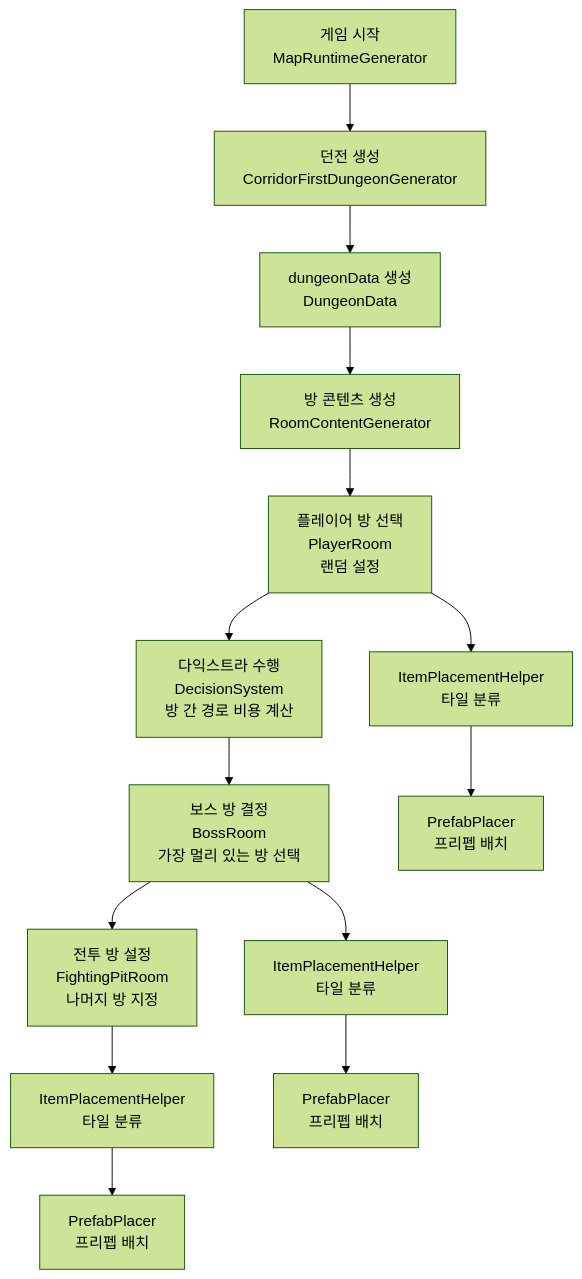
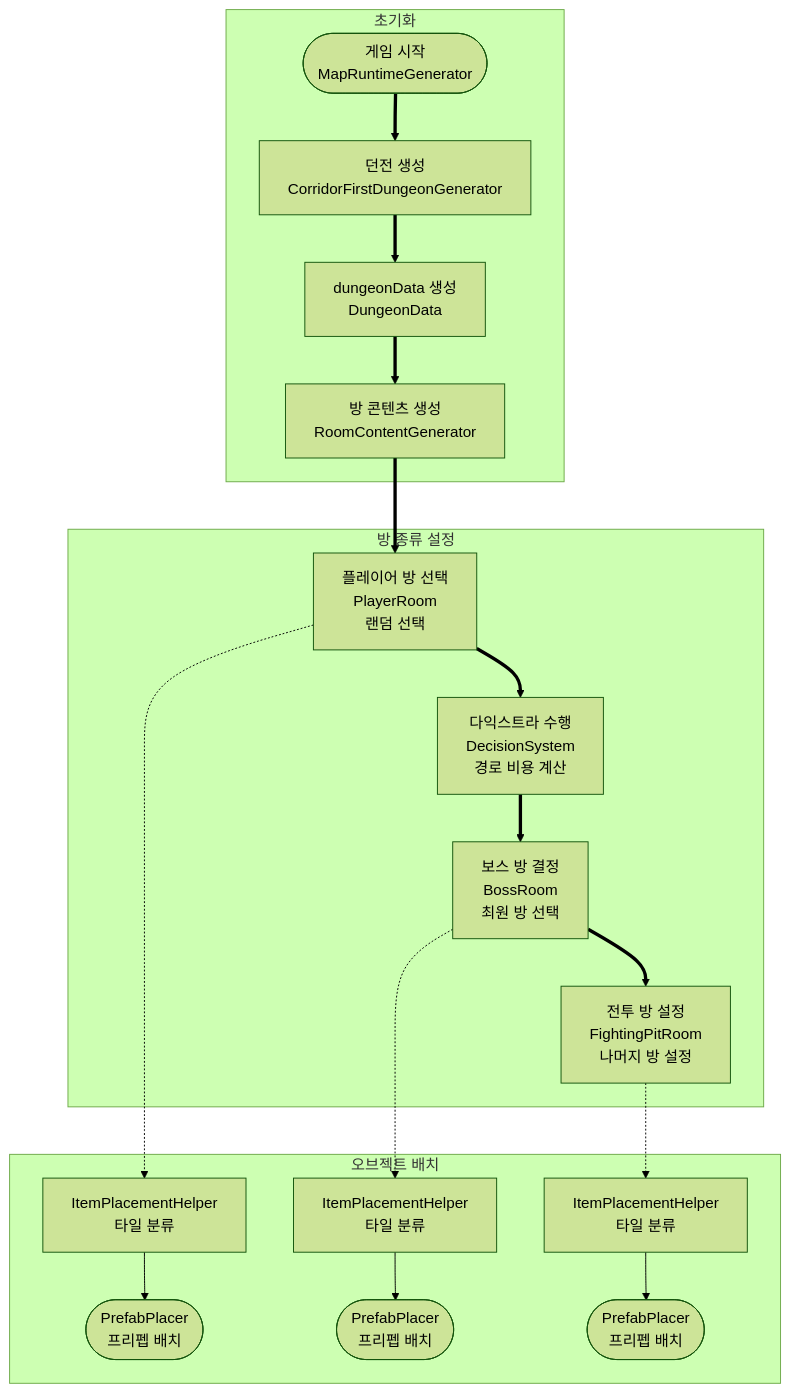
The diagram in README.md (sul1074/PlaugeBorn), drawn with Mermaid (forest theme) before and after one commit.

````diff
--- a/README.md
+++ b/README.md
@@ -89,16 +89,22 @@
 ```mermaid
 flowchart TD
-    A[게임 시작<br>MapRuntimeGenerator] --> B[던전 생성<br>CorridorFirstDungeonGenerator]
-    B --> C[dungeonData 생성<br>DungeonData]
-    C --> D[방 콘텐츠 생성<br>RoomContentGenerator]
-    D --> E1[플레이어 방 선택<br>PlayerRoom<br>랜덤 설정]
-    E1 --> E2[다익스트라 수행<br>DecisionSystem<br>방 간 경로 비용 계산]
-    E2 --> E3[보스 방 결정<br>BossRoom<br>가장 멀리 있는 방 선택]
-    E3 --> E4[전투 방 설정<br>FightingPitRoom<br>나머지 방 지정]
-    E1 --> F1[ItemPlacementHelper<br>타일 분류]
-    E3 --> F2[ItemPlacementHelper<br>타일 분류]
-    E4 --> F3[ItemPlacementHelper<br>타일 분류]
-    F1 --> G1[PrefabPlacer<br>프리펩 배치]
-    F2 --> G2[PrefabPlacer<br>프리펩 배치]
-    F3 --> G3[PrefabPlacer<br>프리펩 배치]
+    subgraph 초기화
+        A([게임 시작<br>MapRuntimeGenerator]) ==> B[던전 생성<br>CorridorFirstDungeonGenerator]
+        B ==> C[dungeonData 생성<br>DungeonData]
+        C ==> D[방 콘텐츠 생성<br>RoomContentGenerator]
+    end
+    subgraph 방 종류 설정
+        D ==> E1[플레이어 방 선택<br>PlayerRoom<br>랜덤 선택]
+        E1 ==> E2[다익스트라 수행<br>DecisionSystem<br>경로 비용 계산]
+        E2 ==> E3[보스 방 결정<br>BossRoom<br>최원 방 선택]
+        E3 ==> E4[전투 방 설정<br>FightingPitRoom<br>나머지 방 설정]
+    end
+    subgraph 오브젝트 배치
+        E1 -.-> F1[ItemPlacementHelper<br>타일 분류]
+        E3 -.-> F2[ItemPlacementHelper<br>타일 분류]
+        E4 -.-> F3[ItemPlacementHelper<br>타일 분류]
+        F1 --> G1([PrefabPlacer<br>프리펩 배치])
+        F2 --> G2([PrefabPlacer<br>프리펩 배치])
+        F3 --> G3([PrefabPlacer<br>프리펩 배치])
+    end
 ```
````
